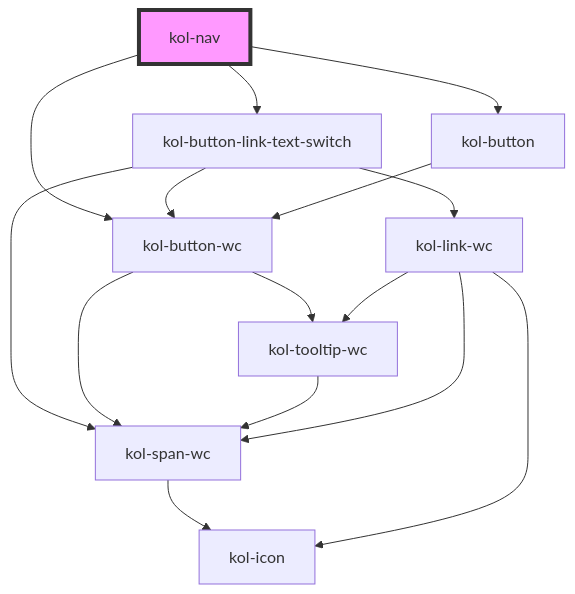
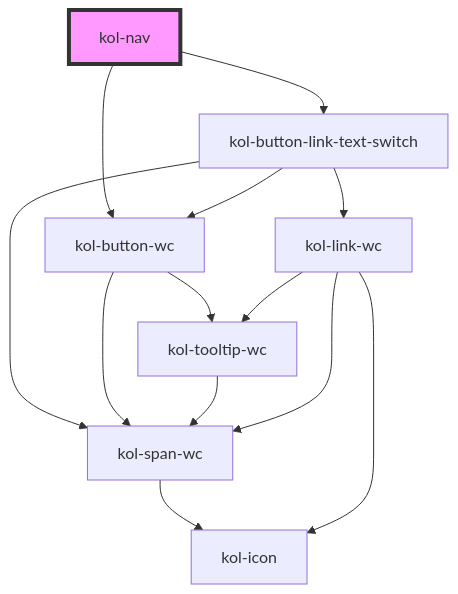
Before and after one commit to public-ui/kolibri: the diagram in packages/components/src/components/nav/readme.md, drawn with Mermaid. The commit also changed other lines of this file and 37 other files, not shown here.

````diff
--- a/packages/components/src/components/nav/readme.md
+++ b/packages/components/src/components/nav/readme.md
@@ -124,18 +119,16 @@
 ```mermaid
 graph TD;
   kol-nav --> kol-button-link-text-switch
   kol-nav --> kol-button-wc
-  kol-nav --> kol-button
   kol-button-link-text-switch --> kol-button-wc
   kol-button-link-text-switch --> kol-link-wc
   kol-button-link-text-switch --> kol-span-wc
   kol-button-wc --> kol-span-wc
   kol-button-wc --> kol-tooltip-wc
   kol-span-wc --> kol-icon
   kol-tooltip-wc --> kol-span-wc
   kol-link-wc --> kol-span-wc
   kol-link-wc --> kol-icon
   kol-link-wc --> kol-tooltip-wc
-  kol-button --> kol-button-wc
   style kol-nav fill:#f9f,stroke:#333,stroke-width:4px
 ```
````
